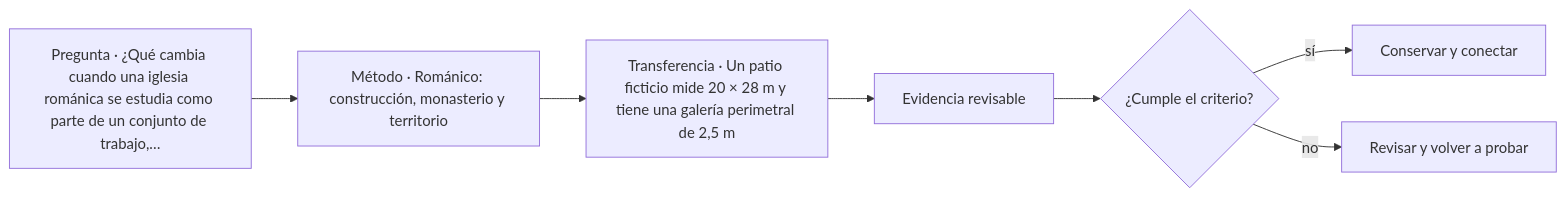
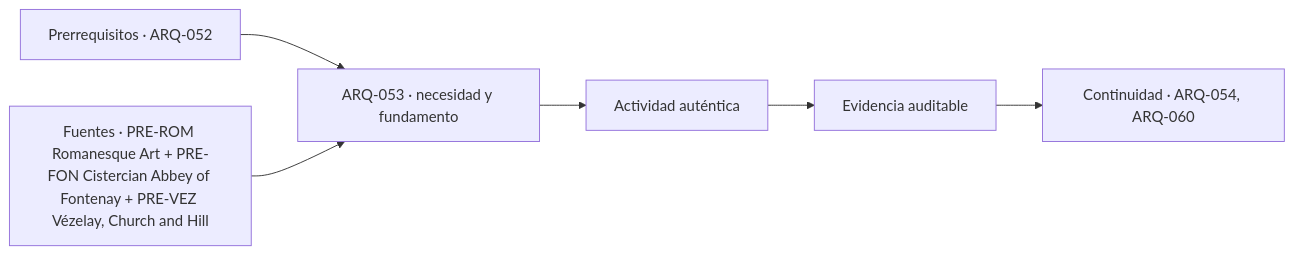
One commit to vladimiracunadev-create/architecture-built-environment-learning-program changed the diagram in classes/parte-06/ARQ-053.md. Above: the diagram before and after it, drawn with Mermaid. The commit also changed other lines of this file and 761 other files, not shown here.

````diff
--- a/classes/parte-06/ARQ-053.md
+++ b/classes/parte-06/ARQ-053.md
@@ -107,9 +119,8 @@
 ```mermaid
 flowchart LR
-    Q["Pregunta · ¿Qué cambia cuando una iglesia románica se estudia como parte de un conjunto de trabajo,…"] --> M["Método · Románico: construcción, monasterio y territorio"]
-    M --> P["Transferencia · Un patio ficticio mide 20 × 28 m y tiene una galería perimetral de 2,5 m"]
-    P --> E["Evidencia revisable"]
-    E --> C{"¿Cumple el criterio?"}
-    C -->|sí| T["Conservar y conectar"]
-    C -->|no| R["Revisar y volver a probar"]
+    A["Prerrequisitos · ARQ-052"] --> B["ARQ-053 · necesidad y fundamento"]
+    S["Fuentes · PRE-ROM Romanesque Art + PRE-FON Cistercian Abbey of Fontenay + PRE-VEZ Vézelay, Church and Hill"] --> B
+    B --> C["Actividad auténtica"]
+    C --> D["Evidencia auditable"]
+    D --> E["Continuidad · ARQ-054, ARQ-060"]
 ```
````
